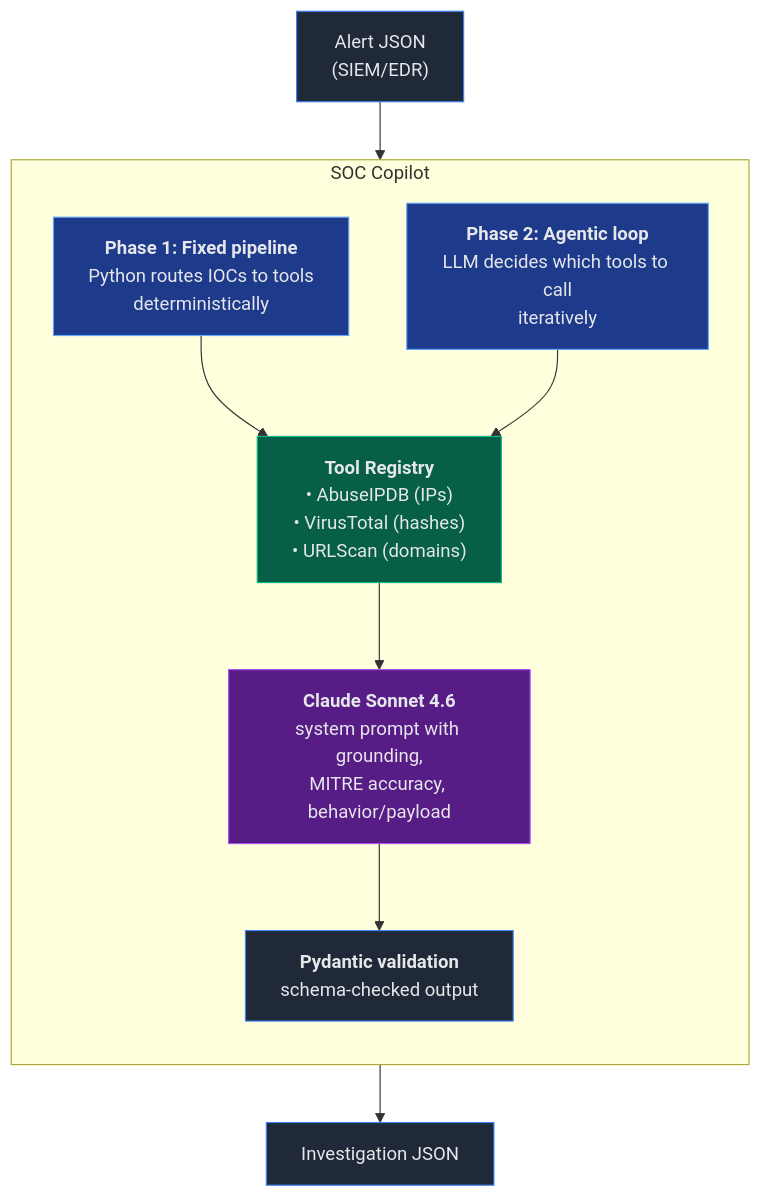
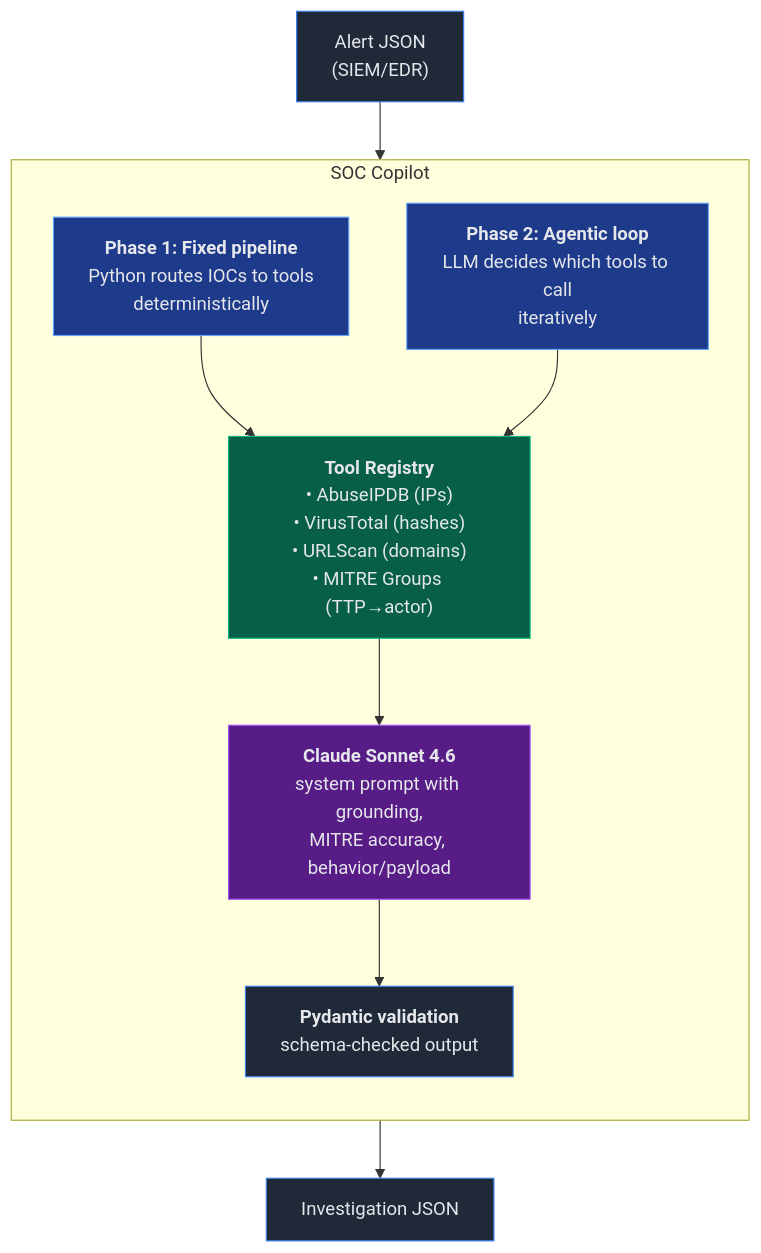
Before and after one commit to AizensCode/soc-copilot: the diagram in README.md, drawn with Mermaid. The commit also changed other lines of this file and 10 other files, not shown here.

First line of the commit message:
Add MITRE ATT&CK Groups threat-actor lookup

````diff
--- a/README.md
+++ b/README.md
@@ -48,35 +48,35 @@
 ```mermaid
 flowchart TD
     Alert["Alert JSON<br/>(SIEM/EDR)"] --> Copilot
 
     subgraph Copilot["SOC Copilot"]
         direction TB
         Phase1["<b>Phase 1: Fixed pipeline</b><br/>Python routes IOCs to tools<br/>deterministically"]
         Phase2["<b>Phase 2: Agentic loop</b><br/>LLM decides which tools to call<br/>iteratively"]
 
-        Registry["<b>Tool Registry</b><br/>• AbuseIPDB (IPs)<br/>• VirusTotal (hashes)<br/>• URLScan (domains)"]
+        Registry["<b>Tool Registry</b><br/>• AbuseIPDB (IPs)<br/>• VirusTotal (hashes)<br/>• URLScan (domains)<br/>• MITRE Groups (TTP→actor)"]
 
         LLM["<b>Claude Sonnet 4.6</b><br/>system prompt with grounding,<br/>MITRE accuracy, behavior/payload"]
 
         Validation["<b>Pydantic validation</b><br/>schema-checked output"]
 
         Phase1 --> Registry
         Phase2 --> Registry
         Registry --> LLM
         LLM --> Validation
     end
 
     Copilot --> Output["Investigation JSON"]
 
     classDef alert fill:#1f2937,stroke:#3b82f6,color:#e5e7eb
     classDef phase fill:#1e3a8a,stroke:#60a5fa,color:#e5e7eb
     classDef tool fill:#065f46,stroke:#10b981,color:#e5e7eb
     classDef llm fill:#581c87,stroke:#a855f7,color:#e5e7eb
     classDef output fill:#1f2937,stroke:#3b82f6,color:#e5e7eb
 
     class Alert,Output alert
     class Phase1,Phase2 phase
     class Registry tool
     class LLM llm
     class Validation output
 ```
````
